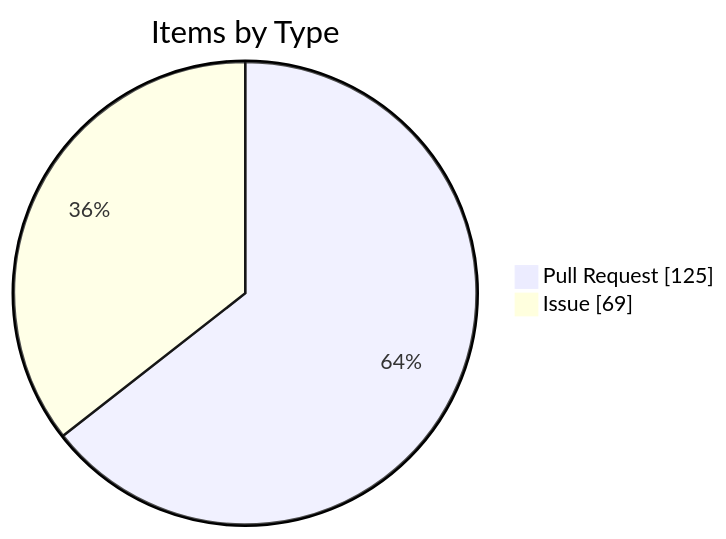
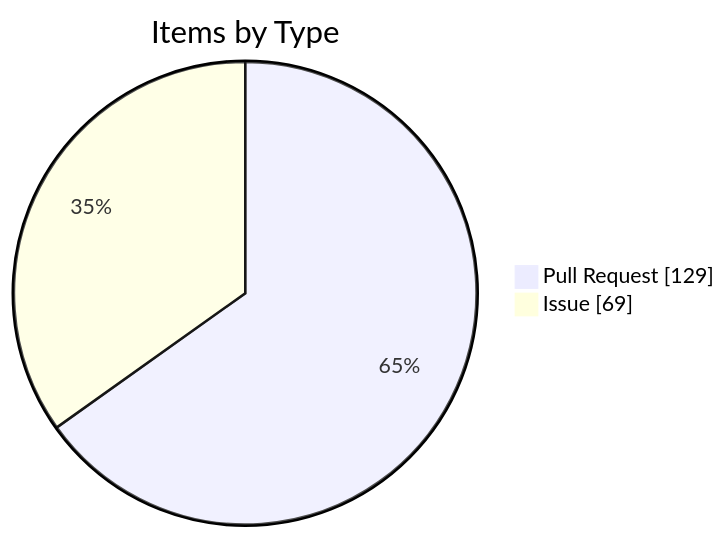
The fourth of 4 diagrams in apps/kbve/astro-kbve/src/content/docs/dashboard/kanban-data.mdx (KBVE/kbve), drawn with Mermaid before and after one commit. The commit also changed other lines of this file and 8 other files, not shown here.

````diff
--- a/apps/kbve/astro-kbve/src/content/docs/dashboard/kanban-data.mdx
+++ b/apps/kbve/astro-kbve/src/content/docs/dashboard/kanban-data.mdx
@@ -116,6 +116,6 @@
 ```mermaid
 pie showData
     title Items by Type
-    "Pull Request" : 125
+    "Pull Request" : 129
     "Issue" : 69
 ```
````
